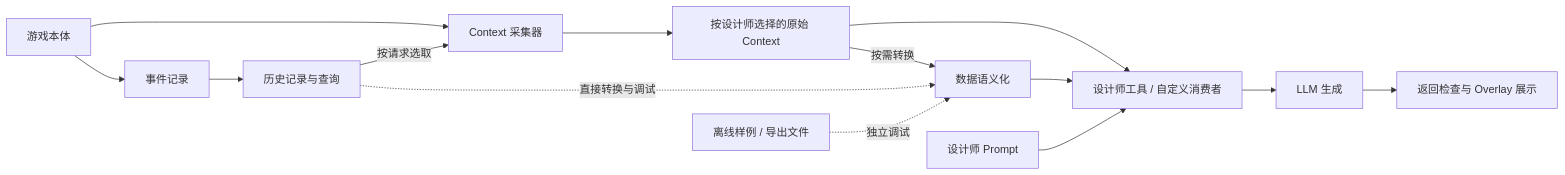
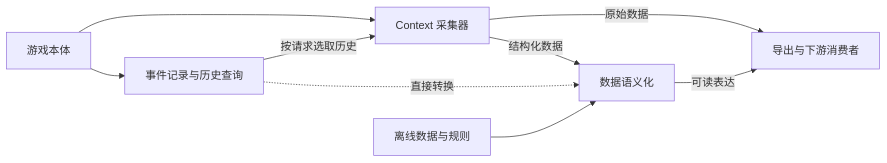
One commit to omgwowai/Sims4-Context-for-Overlay changed the diagram in docs/modular-context-provider.md. Above: the diagram before and after it, drawn with Mermaid. The commit also changed other lines of this file and 29 other files, not shown here.

````diff
--- a/docs/modular-context-provider.md
+++ b/docs/modular-context-provider.md
@@ -83,16 +25,11 @@
 ```mermaid
 flowchart LR
-    Game[游戏本体] --> Recorder[事件记录]
-    Recorder --> History[历史记录与查询]
+    Game[游戏本体] --> Recorder[事件记录与历史查询]
     Game --> Collector[Context 采集器]
-    History -->|按请求选取| Collector
-    Collector --> Raw[按设计师选择的原始 Context]
-    Raw -->|按需转换| Semantic[数据语义化]
-    History -. 直接转换与调试 .-> Semantic
-    Files[离线样例 / 导出文件] -. 独立调试 .-> Semantic
-    Raw --> Consumer[设计师工具 / 自定义消费者]
-    Semantic --> Consumer
-    Prompt[设计师 Prompt] --> Consumer
-    Consumer --> LLM[LLM 生成]
-    LLM --> Display[返回检查与 Overlay 展示]
+    Recorder -->|按请求选取历史| Collector
+    Collector -->|结构化数据| Semantic[数据语义化]
+    Recorder -. 直接转换 .-> Semantic
+    Files[离线数据与规则] --> Semantic
+    Collector -->|原始数据| Consumer[导出与下游消费者]
+    Semantic -->|可读表达| Consumer
 ```
````
